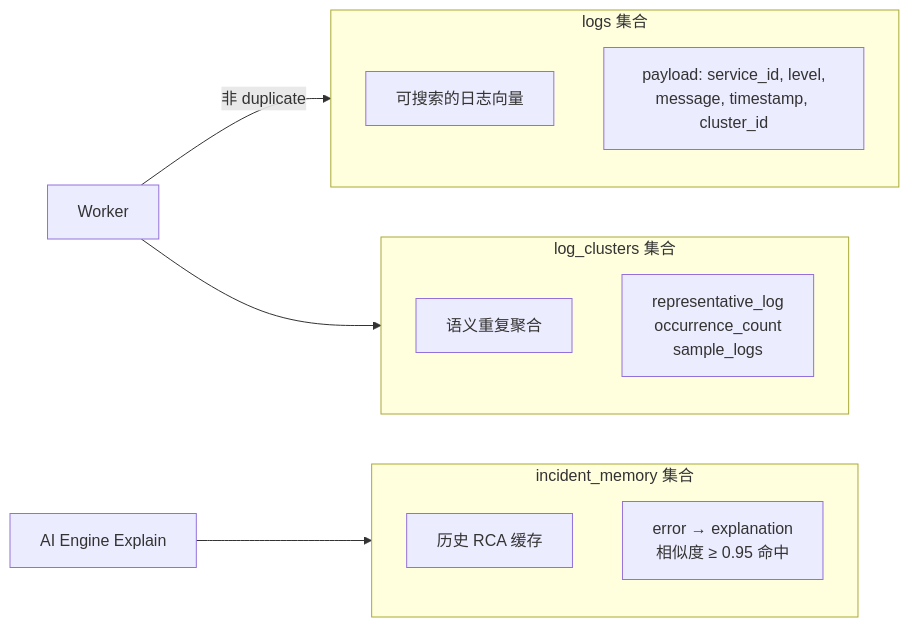
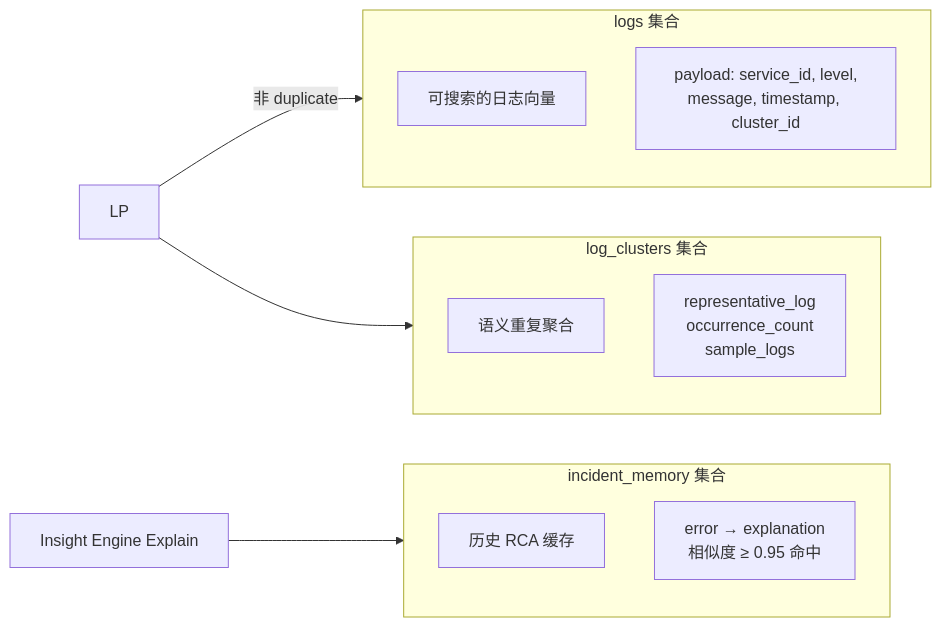
One commit to fanqingsong/Logara-AI changed the eighth of 17 diagrams in docs/business-logic.md. Above: the diagram before and after it, drawn with Mermaid. The commit also changed other lines of this file and 64 other files, not shown here.

````diff
--- a/docs/business-logic.md
+++ b/docs/business-logic.md
@@ -628,21 +628,21 @@
 ```mermaid
 graph LR
     subgraph logs["logs 集合"]
         L1[可搜索的日志向量]
         L2[payload: service_id, level,<br/>message, timestamp, cluster_id]
     end
 
     subgraph clusters["log_clusters 集合"]
         C1[语义重复聚合]
         C2[representative_log<br/>occurrence_count<br/>sample_logs]
     end
 
     subgraph incidents["incident_memory 集合"]
         I1[历史 RCA 缓存]
         I2[error → explanation<br/>相似度 ≥ 0.95 命中]
     end
 
-    Worker -->|非 duplicate| logs
-    Worker --> clusters
-    AIEngine[AI Engine Explain] --> incidents
+    LP -->|非 duplicate| logs
+    LP --> clusters
+    InsightEngine[Insight Engine Explain] --> incidents
 ```
````
